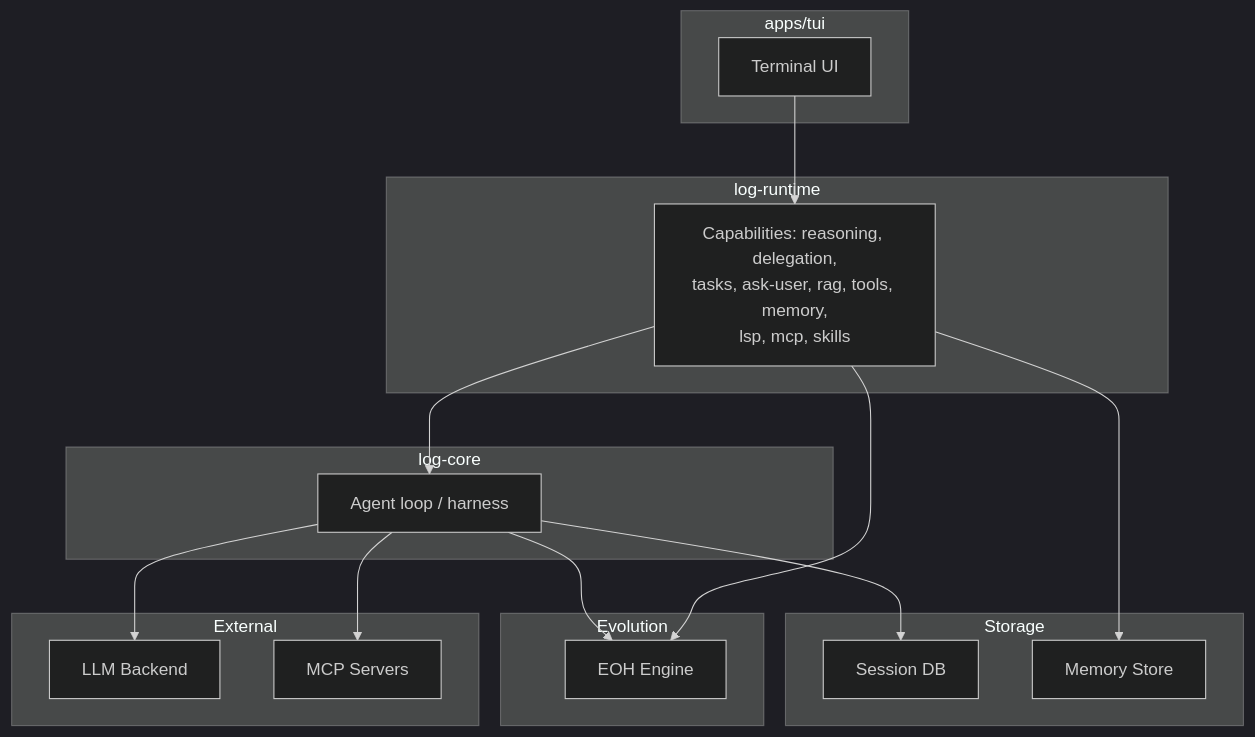
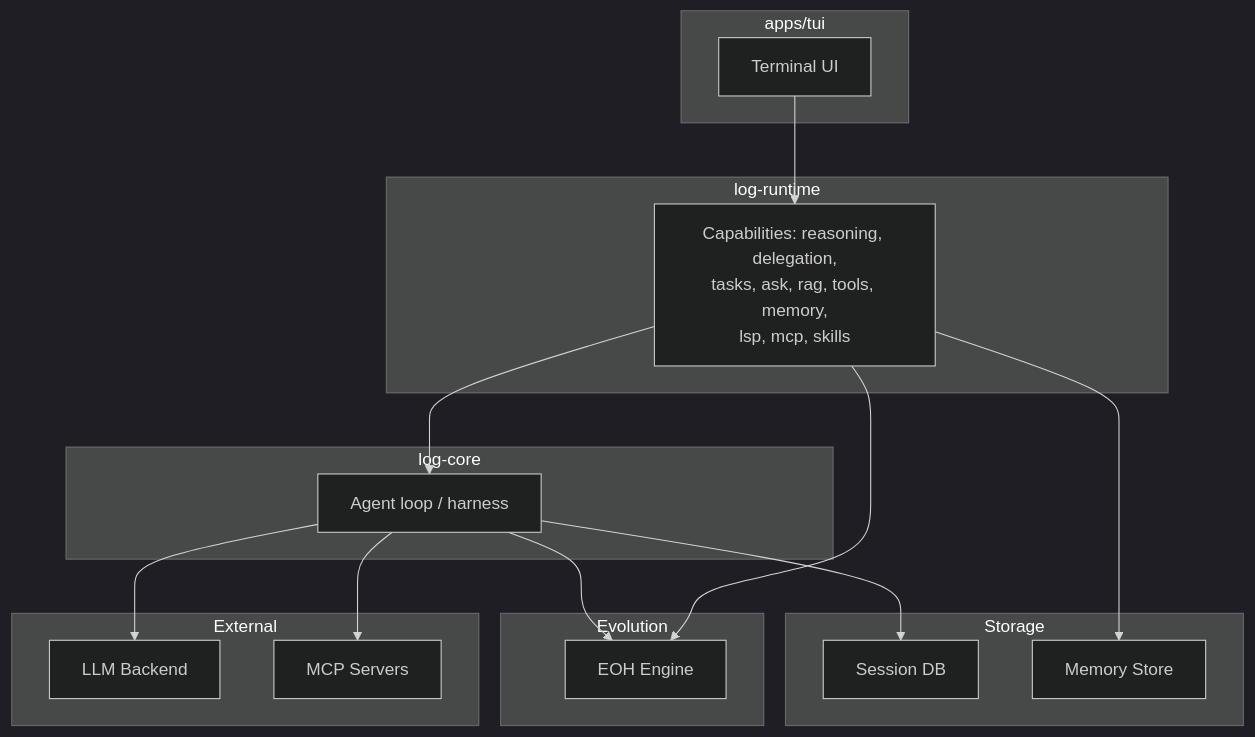
One commit to lseman/logician changed the diagram in docs/overview.md. Above: the diagram before and after it, drawn with Mermaid (dark theme). The commit also changed other lines of this file and 26 other files, not shown here.

First line of the commit message:
rename ask-user to ask; move RAG to rag:// protocol

````diff
--- a/docs/overview.md
+++ b/docs/overview.md
@@ -19,32 +19,32 @@
 ```mermaid
 graph TB
   subgraph TUI["apps/tui"]
     A[Terminal UI]
   end
   subgraph Core["log-core"]
     C[Agent loop / harness]
   end
   subgraph Runtime["log-runtime"]
-    D[Capabilities: reasoning, delegation,<br/>tasks, ask-user, rag, tools, memory,<br/>lsp, mcp, skills]
+    D[Capabilities: reasoning, delegation,<br/>tasks, ask, rag, tools, memory,<br/>lsp, mcp, skills]
   end
   subgraph Evolution
     G[EOH Engine]
   end
   subgraph Storage
     H[Session DB]
     I[Memory Store]
   end
   subgraph External
     J[LLM Backend]
     K[MCP Servers]
   end
 
   A --> D
   D --> C
   C --> J
   D --> G
   C --> G
   C --> H
   D --> I
   C --> K
 ```
````
